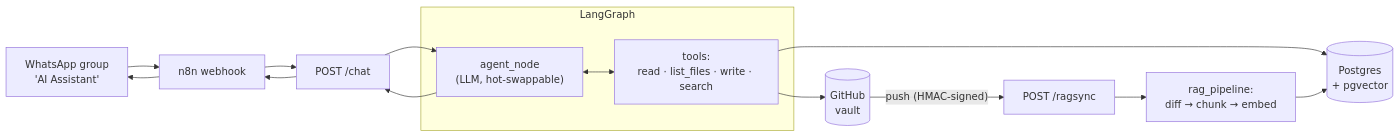
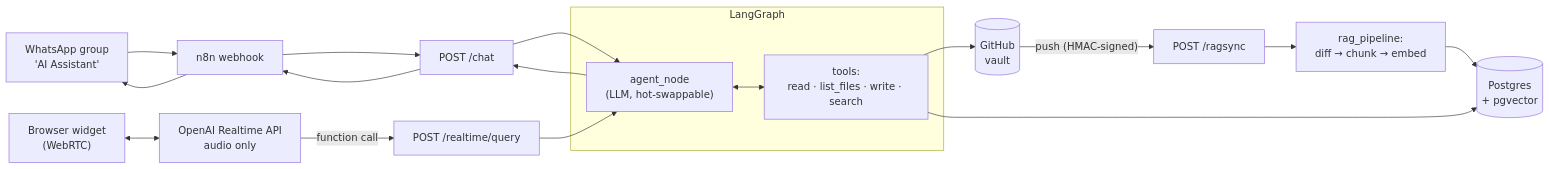
Before and after one commit to Araujojohn/knowledge-base-ai-assistant: the diagram in README.md, drawn with Mermaid. The commit also changed other lines of this file, not shown here.

````diff
--- a/README.md
+++ b/README.md
@@ -118,21 +173,25 @@
 ```mermaid
 flowchart LR
     WA["WhatsApp group<br/>'AI Assistant'"] --> N8N[n8n webhook]
     N8N --> CHAT["POST /chat"]
 
     subgraph Agent["LangGraph"]
         NODE["agent_node<br/>(LLM, hot-swappable)"]
         TOOLS["tools:<br/>read · list_files · write · search"]
         NODE <--> TOOLS
     end
 
     CHAT --> NODE
     NODE --> CHAT --> N8N --> WA
 
+    MIC["Browser widget<br/>(WebRTC)"] <--> RT["OpenAI Realtime API<br/>audio only"]
+    RT -- "function call" --> QUERY["POST /realtime/query"]
+    QUERY --> NODE
+
     TOOLS --> GH[(GitHub<br/>vault)]
     TOOLS --> DB[(Postgres<br/>+ pgvector)]
 
     GH -- "push (HMAC-signed)" --> SYNC["POST /ragsync"]
     SYNC --> PIPE["rag_pipeline:<br/>diff → chunk → embed"]
     PIPE --> DB
 ```
````
